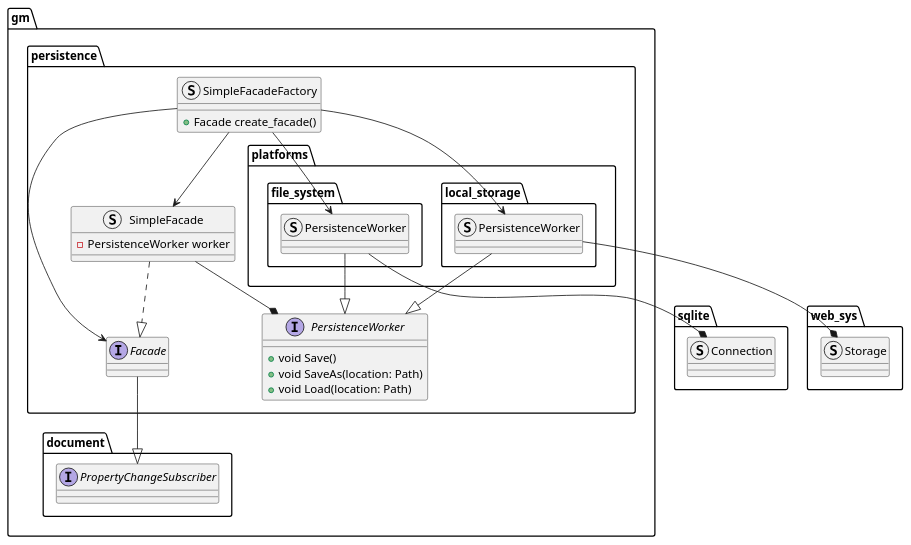
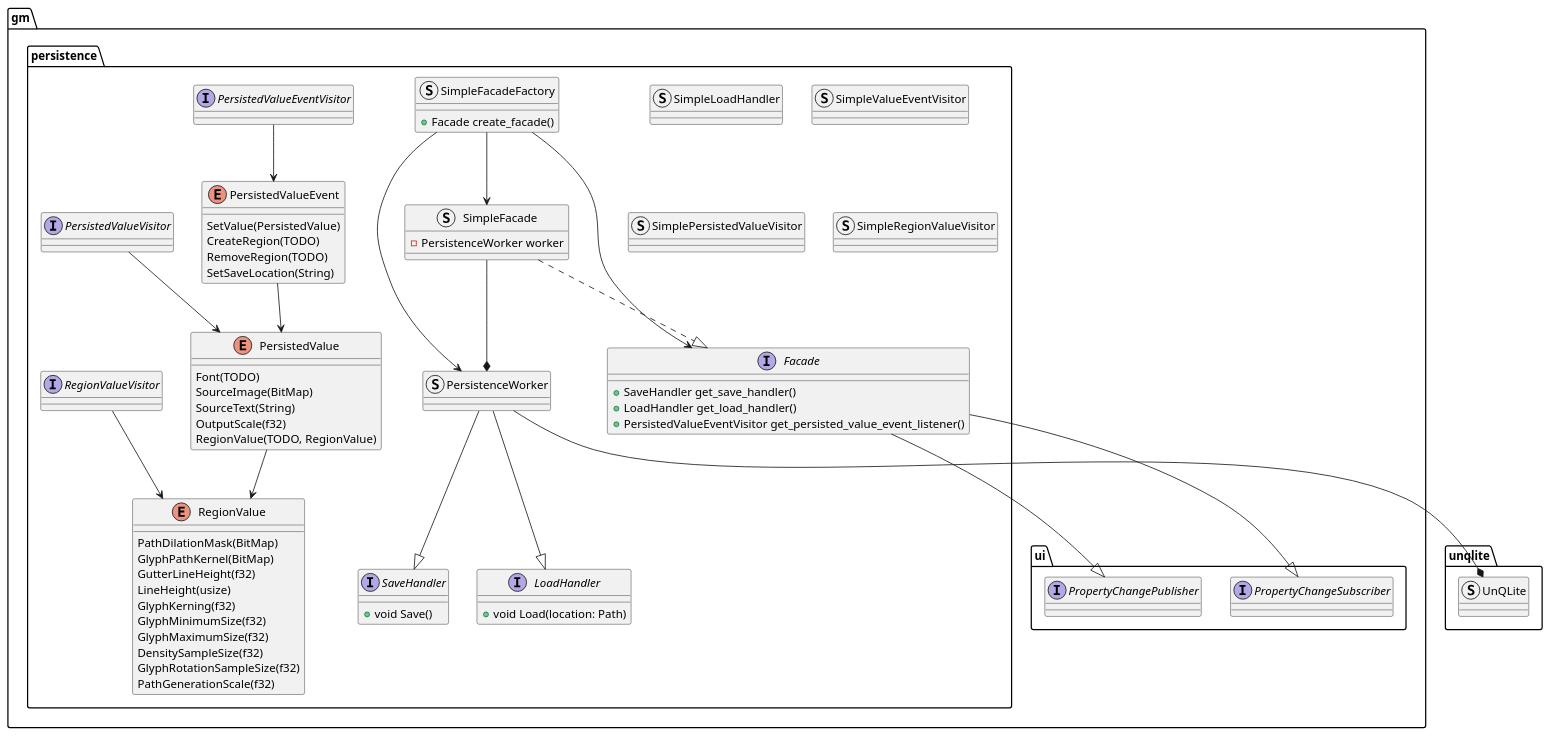
Before and after one commit to zwerdlds/GlyphMosaic: the diagram in documentation/Specification/diagrams/subsystems/persistence/intra.plantuml, drawn with PlantUML.

Commit message:
docs: initial mention of unqlite in pers/intra diagram

```diff
--- a/documentation/Specification/diagrams/subsystems/persistence/intra.plantuml
+++ b/documentation/Specification/diagrams/subsystems/persistence/intra.plantuml
@@ -1,61 +1,98 @@
 @startuml intra
 skinparam componentStyle uml1
 
 package "gm" {
-    package "document" as doc {
-        interface "PropertyChangeSubscriber" as docpcs
+    package "ui" as ui {
+        interface "PropertyChangeSubscriber" as uipcs
+        interface "PropertyChangePublisher" as uipcp
     }
 
     package "persistence" as per {
         interface "Facade" as perf{
+            + SaveHandler get_save_handler()
+            + LoadHandler get_load_handler()
+            + PersistedValueEventVisitor get_persisted_value_event_listener()
         }
 
-        interface "PersistenceWorker" as perpw {
+        struct "PersistenceWorker" as perpw {}
+
+        interface "SaveHandler" as persh {
             + void Save()
-            + void SaveAs(location: Path)
+        }
+
+        struct "SimpleLoadHandler" as perslh
+        interface "LoadHandler" as perlh {
             + void Load(location: Path)
         }
 
         struct "SimpleFacadeFactory" as persff {
             + Facade create_facade()
         }
 
         struct "SimpleFacade" as persf {
             - PersistenceWorker worker
         }
 
-        package "platforms" as perp{
-            package "file_system" as perpfs {
-                struct "PersistenceWorker" as perpfspw
-            }
+        struct "SimpleValueEventVisitor" as perspvev {}
+        interface "PersistedValueEventVisitor" as perpvev {}
+        enum "PersistedValueEvent" as perpve {
+            SetValue(PersistedValue)
+            CreateRegion(TODO)
+            RemoveRegion(TODO)
+            SetSaveLocation(String)
+        }
 
-            package "local_storage" as perpls {
-                struct "PersistenceWorker" as perplspw
-            }
+        struct "SimplePersistedValueVisitor" as perspvv {}
+        interface "PersistedValueVisitor" as perpvv {}
+        enum "PersistedValue" as perpv {
+            Font(TODO)
+            SourceImage(BitMap)
+            SourceText(String)
+            OutputScale(f32)
+            RegionValue(TODO, RegionValue)
+        }
+
+        struct "SimpleRegionValueVisitor" as persrvv {}
+        interface "RegionValueVisitor" as perrvv {}
+        enum "RegionValue" as perrv {
+            PathDilationMask(BitMap)
+            GlyphPathKernel(BitMap)
+            GutterLineHeight(f32)
+            LineHeight(usize)
+            GlyphKerning(f32)
+            GlyphMinimumSize(f32)
+            GlyphMaximumSize(f32)
+            DensitySampleSize(f32)
+            GlyphRotationSampleSize(f32)
+            PathGenerationScale(f32)
         }
     }
 }
 
-package "web_sys" as ws {
-    struct "Storage" as wss
+package "unqlite" as unq {
+    struct "UnQLite" as unqunq
 }
 
-package "sqlite" as sql {
-    struct "Connection" as sqlc
-}
+perpvev --> perpve
+perpve --> perpv
+
+perpvv --> perpv
+perpv --> perrv
+
+perrvv --> perrv
+
 
 persff --> perf
 persff --> persf
-persff --> perplspw
-persff --> perpfspw
+persff --> perpw
 
 persf ..|> perf
 persf --* perpw
-perf --|> docpcs
+perf --|> uipcp
+perf --|> uipcs
 
-perplspw --|> perpw
-perplspw --* wss
-perpfspw --|> perpw
-perpfspw --* sqlc
+perpw --|> persh
+perpw --|> perlh
+perpw --* unqunq
 
 @enduml
```
